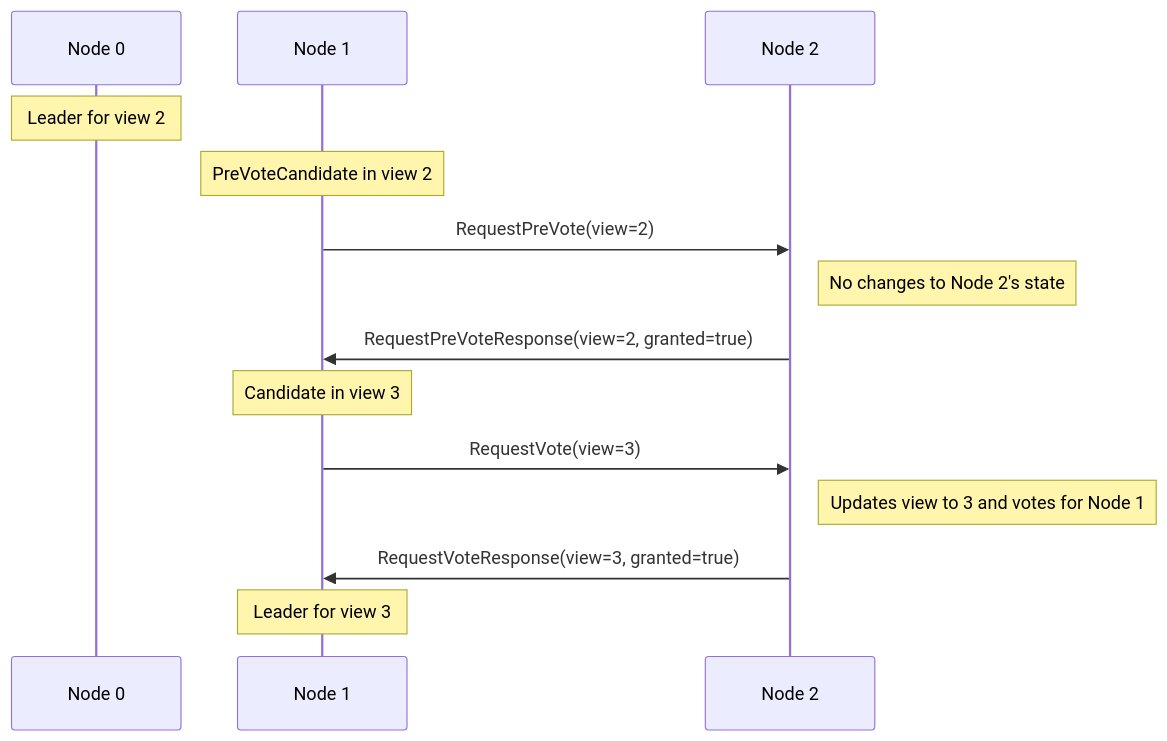
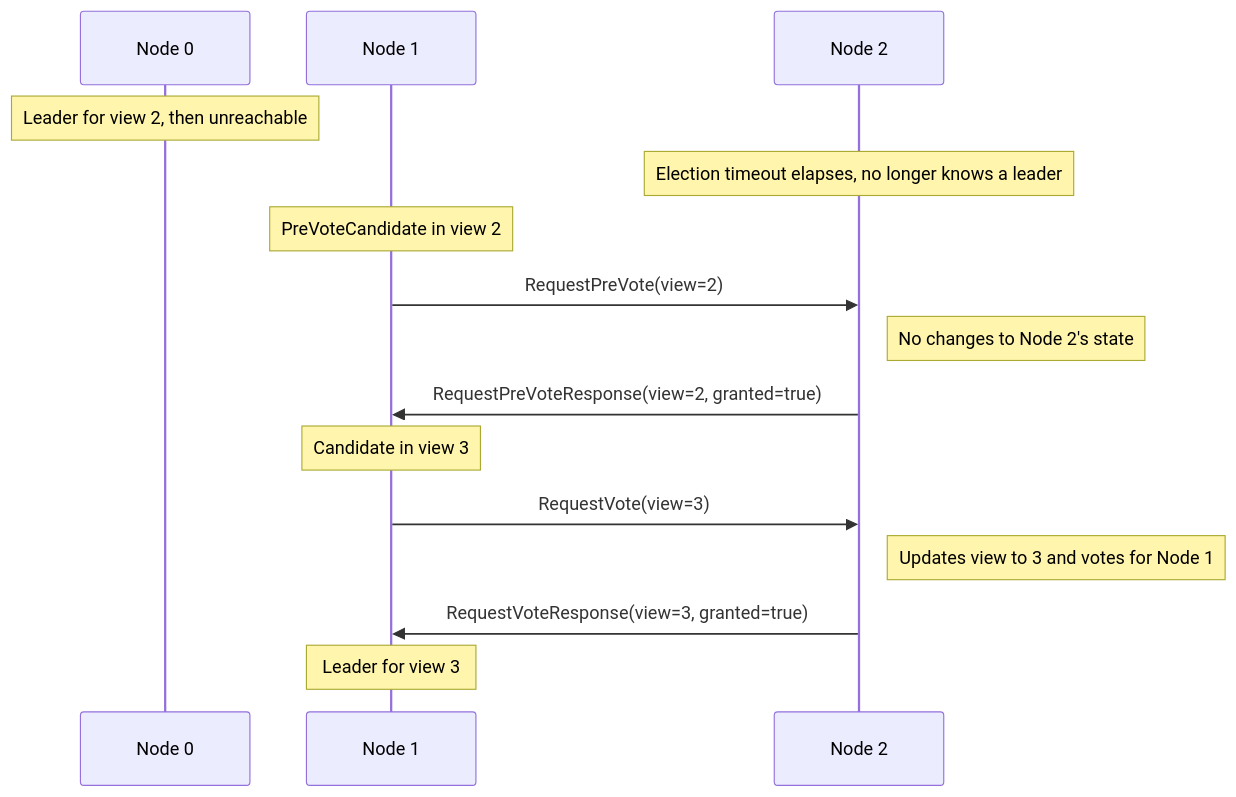
The sixth of 7 diagrams in doc/architecture/consensus/index.rst (microsoft/CCF), drawn with Mermaid before and after one commit. The commit also changed other lines of this file and 41 other files, not shown here.

```diff
--- a/doc/architecture/consensus/index.rst
+++ b/doc/architecture/consensus/index.rst
@@ -225,22 +226,23 @@
 .. mermaid::
 
     sequenceDiagram
         participant Node 0
         participant Node 1
         participant Node 2
 
-        Note over Node 0: Leader for view 2
+        Note over Node 0: Leader for view 2, then unreachable
+        Note over Node 2: Election timeout elapses, no longer knows a leader
 
         Note over Node 1: PreVoteCandidate in view 2
         Node 1 ->> Node 2: RequestPreVote(view=2)
 
         Note right of Node 2: No changes to Node 2's state
         Node 2 ->> Node 1: RequestPreVoteResponse(view=2, granted=true)
 
         Note over Node 1: Candidate in view 3
         Node 1 ->> Node 2: RequestVote(view=3)
 
         Note right of Node 2: Updates view to 3 and votes for Node 1
         Node 2 ->> Node 1: RequestVoteResponse(view=3, granted=true)
 
         Note over Node 1: Leader for view 3
```
